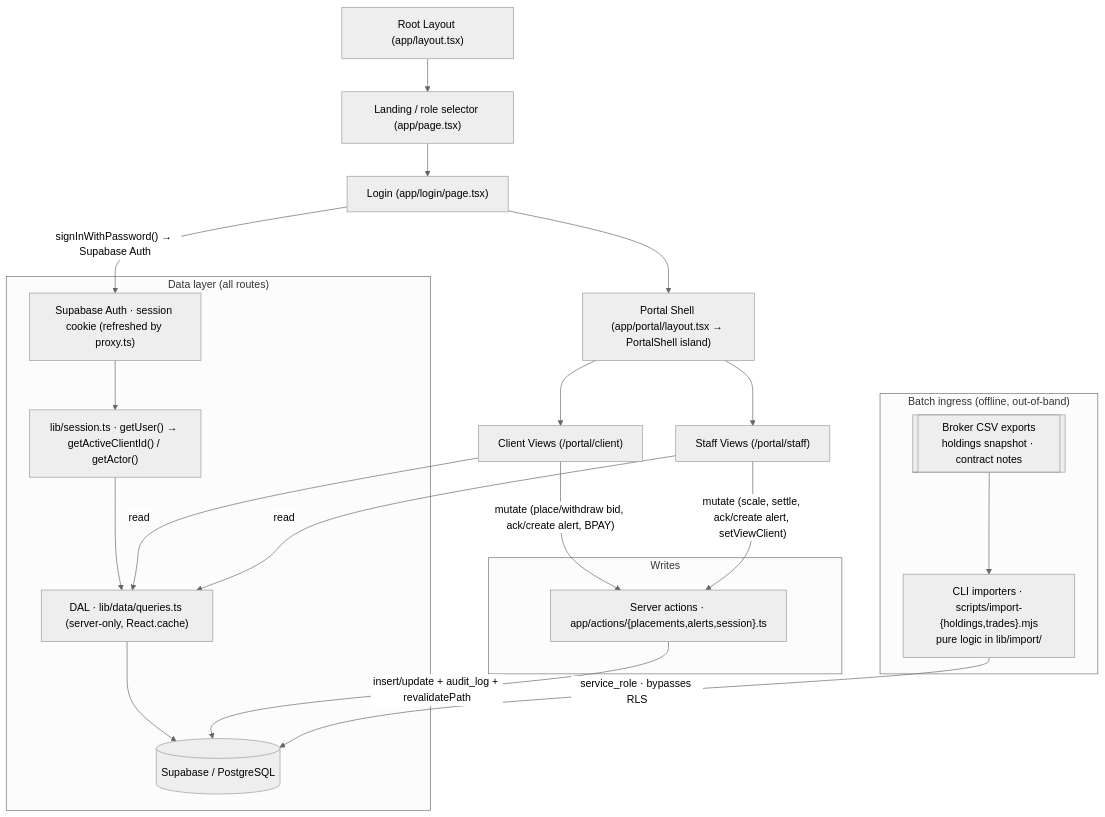
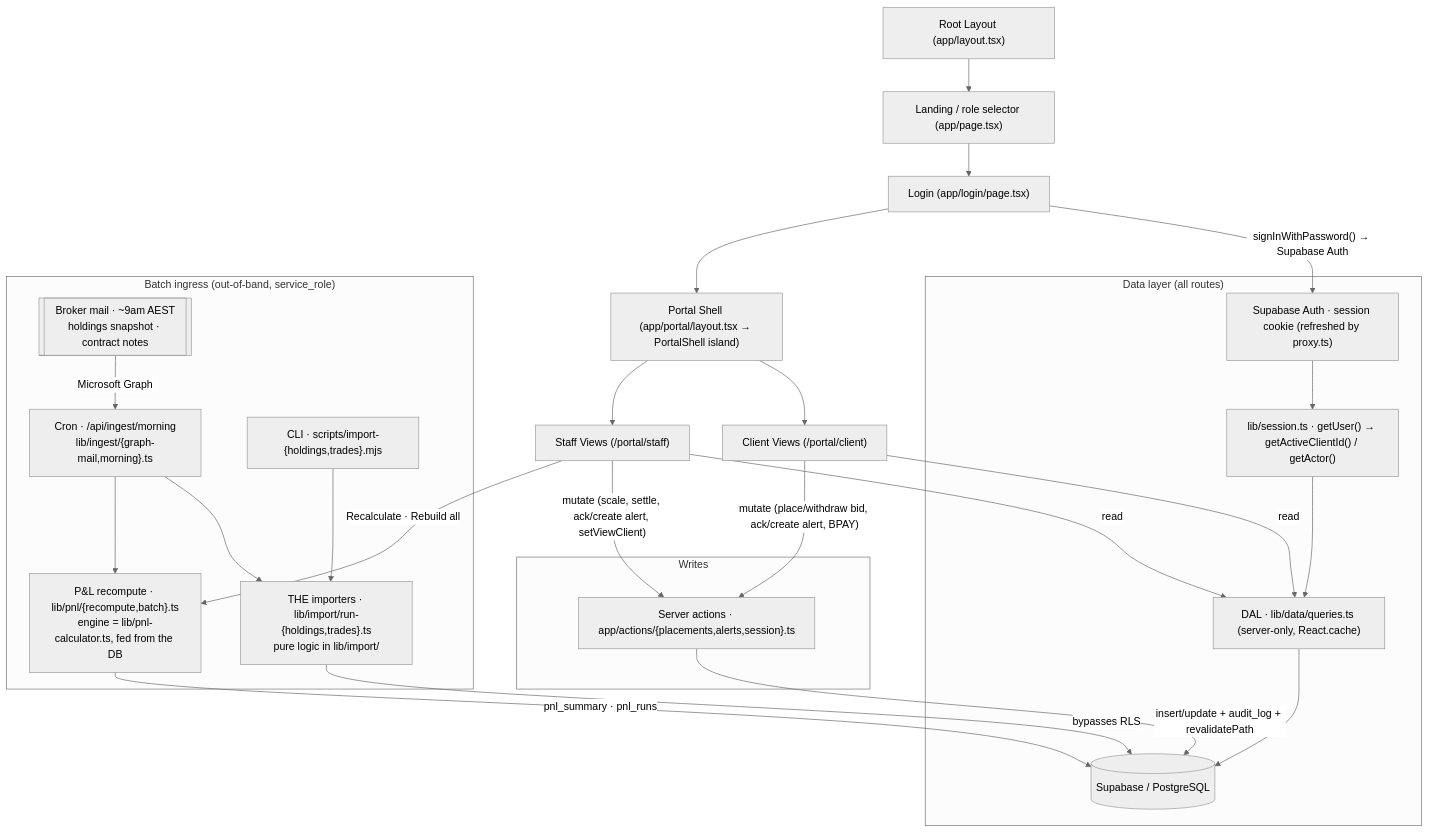
Before and after one commit to Vitti-Capital-Tech/client-dashboard: the diagram in docs/HLD.md, drawn with Mermaid (neutral theme). The commit also changed other lines of this file and 41 other files, not shown here.

Commit message:
Added the changes for the cron job and db fillup for pnl

````diff
--- a/docs/HLD.md
+++ b/docs/HLD.md
@@ -18,32 +18,42 @@
 ```mermaid
 graph TD
     Root["Root Layout (app/layout.tsx)"] --> Landing["Landing / role selector (app/page.tsx)"]
     Landing --> Login["Login (app/login/page.tsx)"]
     Login -->|"signInWithPassword() → Supabase Auth"| Auth["Supabase Auth · session cookie (refreshed by proxy.ts)"]
     Login --> E["Portal Shell (app/portal/layout.tsx → PortalShell island)"]
 
     E --> F["Client Views (/portal/client)"]
     E --> G["Staff Views (/portal/staff)"]
 
     subgraph "Data layer (all routes)"
         Auth --> Session["lib/session.ts · getUser() → getActiveClientId() / getActor()"]
         Session --> DAL["DAL · lib/data/queries.ts (server-only, React.cache)"]
         DAL --> Supa[("Supabase / PostgreSQL")]
     end
 
     subgraph "Writes"
         Actions["Server actions · app/actions/{placements,alerts,session}.ts"]
         Actions -->|"insert/update + audit_log + revalidatePath"| Supa
     end
 
-    subgraph "Batch ingress (offline, out-of-band)"
-        CSV[["Broker CSV exports<br/>holdings snapshot · contract notes"]]
-        CSV --> Imp["CLI importers · scripts/import-{holdings,trades}.mjs<br/>pure logic in lib/import/"]
-        Imp -->|"service_role · bypasses RLS"| Supa
+    subgraph "Batch ingress (out-of-band, service_role)"
+        Mail[["Broker mail · ~9am AEST<br/>holdings snapshot · contract notes"]]
+        Cron["Cron · /api/ingest/morning<br/>lib/ingest/{graph-mail,morning}.ts"]
+        CLI["CLI · scripts/import-{holdings,trades}.mjs"]
+        Runners["THE importers · lib/import/run-{holdings,trades}.ts<br/>pure logic in lib/import/"]
+
+        Mail -->|"Microsoft Graph"| Cron
+        Cron --> Runners
+        CLI --> Runners
+        Runners -->|"bypasses RLS"| Supa
+
+        Cron --> Recompute["P&L recompute · lib/pnl/{recompute,batch}.ts<br/>engine = lib/pnl-calculator.ts, fed from the DB"]
+        Recompute -->|"pnl_summary · pnl_runs"| Supa
     end
 
     F -->|"read"| DAL
     G -->|"read"| DAL
     F -->|"mutate (place/withdraw bid, ack/create alert, BPAY)"| Actions
     G -->|"mutate (scale, settle, ack/create alert, setViewClient)"| Actions
+    G -->|"Recalculate · Rebuild all"| Recompute
 ```
````
